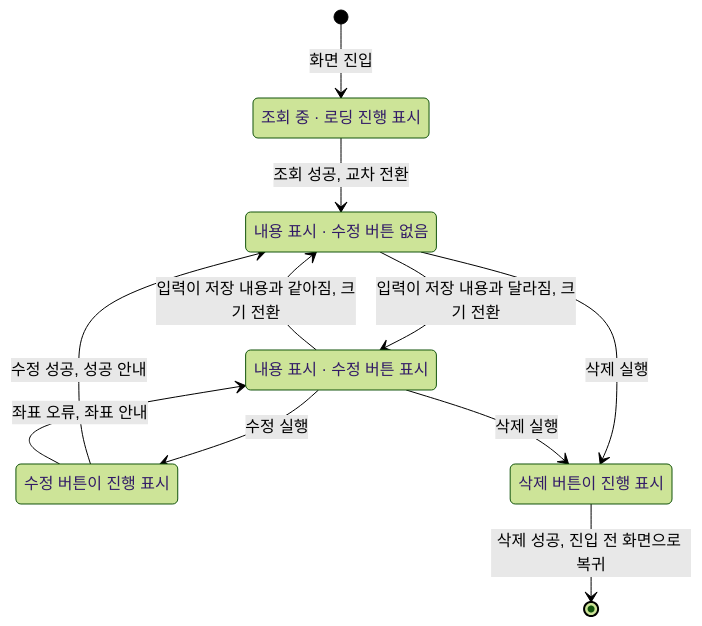
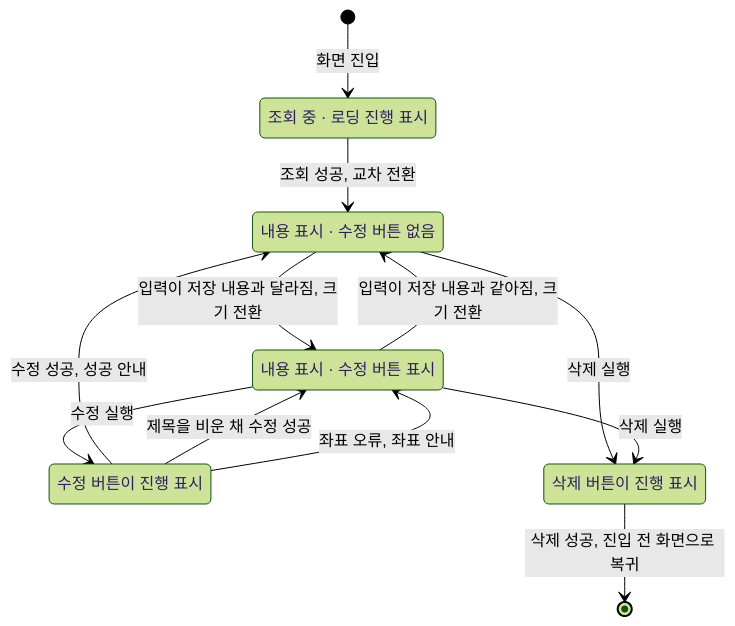
Before and after one commit to taetae98coding/DiaryKMP: the second of 2 diagrams in docs/design/place-detail.md, drawn with Mermaid (forest theme). The commit also changed 130 other files, not shown here.

````diff
--- a/docs/design/place-detail.md
+++ b/docs/design/place-detail.md
@@ -115,18 +115,19 @@
 ```mermaid
 stateDiagram-v2
     Loading: 조회 중 · 로딩 진행 표시
     Unchanged: 내용 표시 · 수정 버튼 없음
     Changed: 내용 표시 · 수정 버튼 표시
     Updating: 수정 버튼이 진행 표시
     Deleting: 삭제 버튼이 진행 표시
     [*] --> Loading: 화면 진입
     Loading --> Unchanged: 조회 성공, 교차 전환
     Unchanged --> Changed: 입력이 저장 내용과 달라짐, 크기 전환
     Changed --> Unchanged: 입력이 저장 내용과 같아짐, 크기 전환
     Changed --> Updating: 수정 실행
     Updating --> Unchanged: 수정 성공, 성공 안내
+    Updating --> Changed: 제목을 비운 채 수정 성공
     Updating --> Changed: 좌표 오류, 좌표 안내
     Unchanged --> Deleting: 삭제 실행
     Changed --> Deleting: 삭제 실행
     Deleting --> [*]: 삭제 성공, 진입 전 화면으로 복귀
 ```
````
